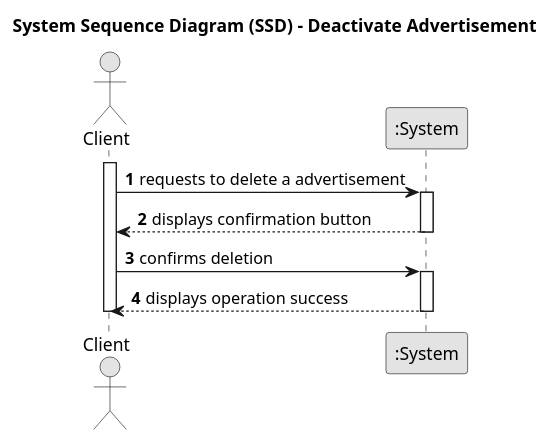
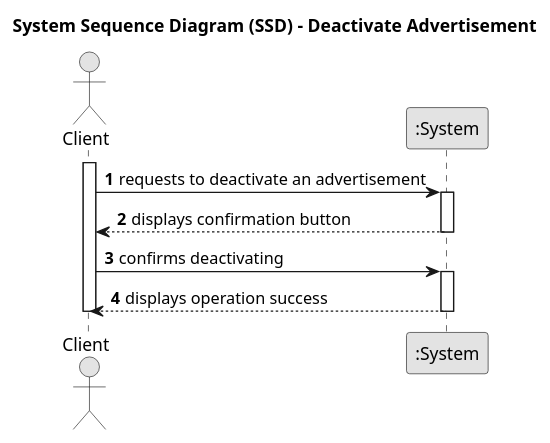
One commit to vivianeaalmeida/ComeAndGet changed the diagram in Docs/US14/01-requirements-engineering/US14-SSD.puml. Above: the diagram before and after it, drawn with PlantUML. The commit also changed 23 other files, not shown here.

```diff
--- a/Docs/US14/01-requirements-engineering/US14-SSD.puml
+++ b/Docs/US14/01-requirements-engineering/US14-SSD.puml
@@ -1,28 +1,28 @@
 @startuml
 skinparam monochrome true
 skinparam packageStyle rectangle
 skinparam shadowing false
 
 title System Sequence Diagram (SSD) - Deactivate Advertisement
 
 autonumber
 
 actor "Client" as Client
 participant ":System" as System
 
 activate Client
 
-    Client -> System : requests to delete a advertisement
+    Client -> System : requests to deactivate an advertisement
         activate System
 
             System --> Client : displays confirmation button
         deactivate System
 
-        Client -> System : confirms deletion
+        Client -> System : confirms deactivating
         activate System
 
             System --> Client : displays operation success
         deactivate System
 
 deactivate Client
 @enduml
```
